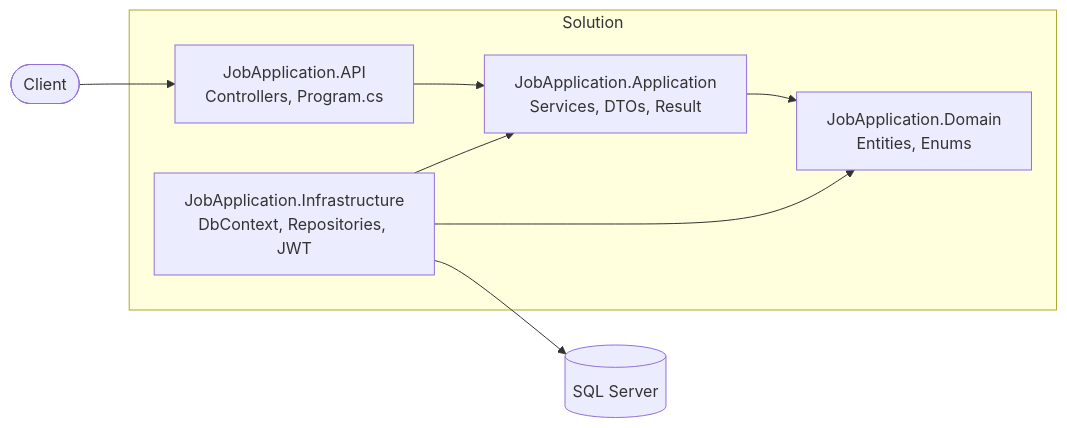
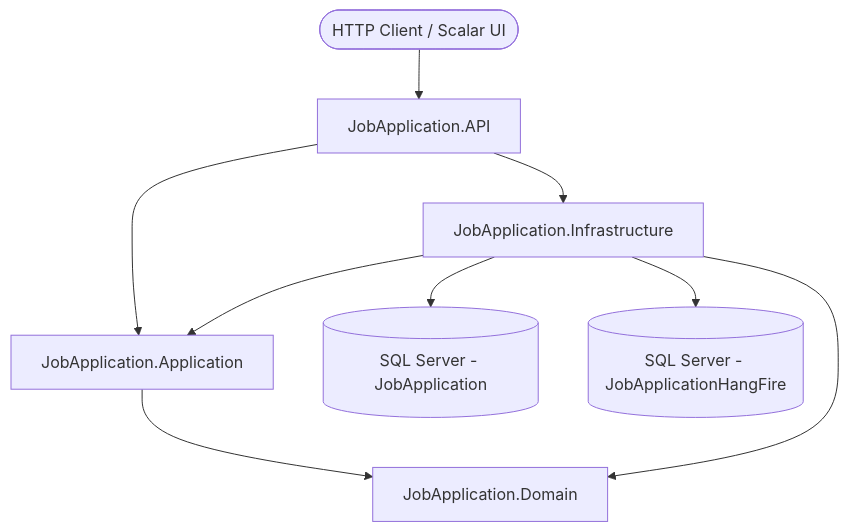
One commit to MoSayed335/JobApplication.API changed the first of 3 diagrams in README.md. Above: the diagram before and after it, drawn with Mermaid. The commit also changed other lines of this file and 32 other files, not shown here.

Commit message:
feat: add CQRS handlers, authentication, repositories, and background job scheduling for job application API

````diff
--- a/README.md
+++ b/README.md
@@ -51,15 +64,11 @@
 ```mermaid
-flowchart LR
-    Client([Client]) --> API
-    subgraph Solution
-        API["JobApplication.API<br/>Controllers, Program.cs"]
-        APP["JobApplication.Application<br/>Services, DTOs, Result"]
-        DOM["JobApplication.Domain<br/>Entities, Enums"]
-        INF["JobApplication.Infrastructure<br/>DbContext, Repositories, JWT"]
-    end
-    API --> APP
-    APP --> DOM
+flowchart TD
+    Client([HTTP Client / Scalar UI]) --> API[JobApplication.API]
+    API --> APP[JobApplication.Application]
+    API --> INF[JobApplication.Infrastructure]
+    APP --> DOM[JobApplication.Domain]
     INF --> APP
     INF --> DOM
-    INF --> DB[(SQL Server)]
+    INF --> DB[(SQL Server - JobApplication)]
+    INF --> HF[(SQL Server - JobApplicationHangFire)]
 ```
````
